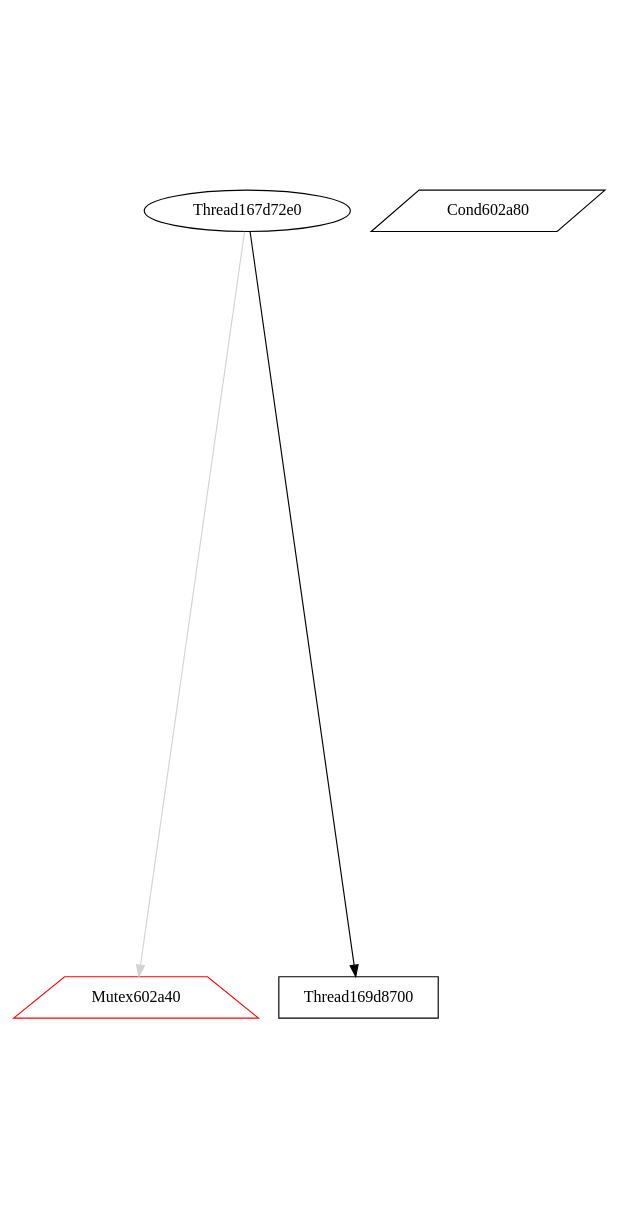
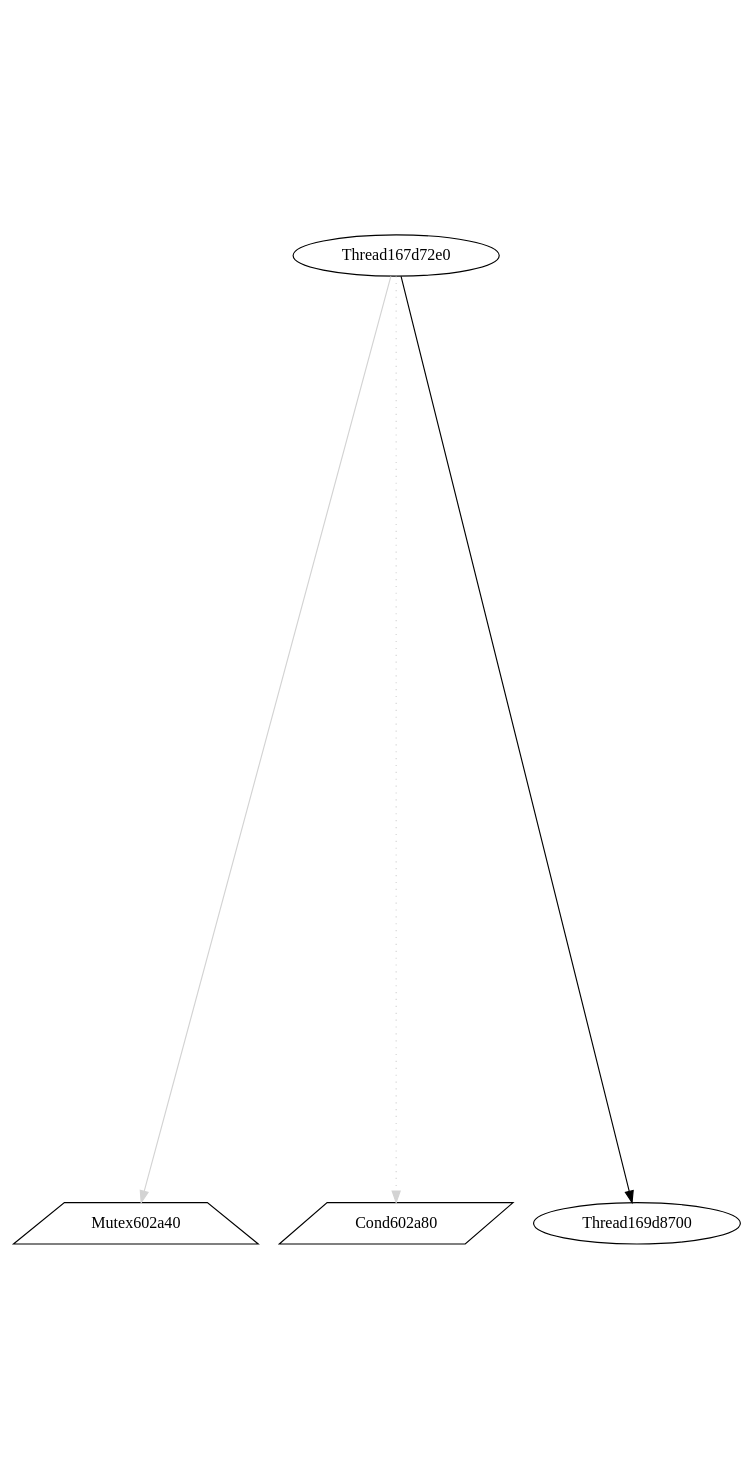
The diagram in view/dot/graph016.dot (v4o6/cs410), drawn with Graphviz before and after one commit. The commit also changed 286 other files, not shown here.

```diff
--- a/view/dot/graph016.dot
+++ b/view/dot/graph016.dot
@@ -1,8 +1,10 @@
 digraph G {
 graph[center=true, ratio=2];
-Mutex602a40 [shape=trapezium,color=red];
+Mutex602a40 [shape=trapezium,color=black];
 Cond602a80 [shape=parallelogram,color=black];
-Thread169d8700 [shape=box,color=black];
+Thread169d8700 [color=black];
+Thread167d72e0 [color=black];
 Thread167d72e0 -> Mutex602a40 [arrowhead=normal,color=lightgray];
+Thread167d72e0 -> Cond602a80 [style=dotted,color=lightgray];
 Thread167d72e0 -> Thread169d8700 [arrowhead=normal];
 }
```
